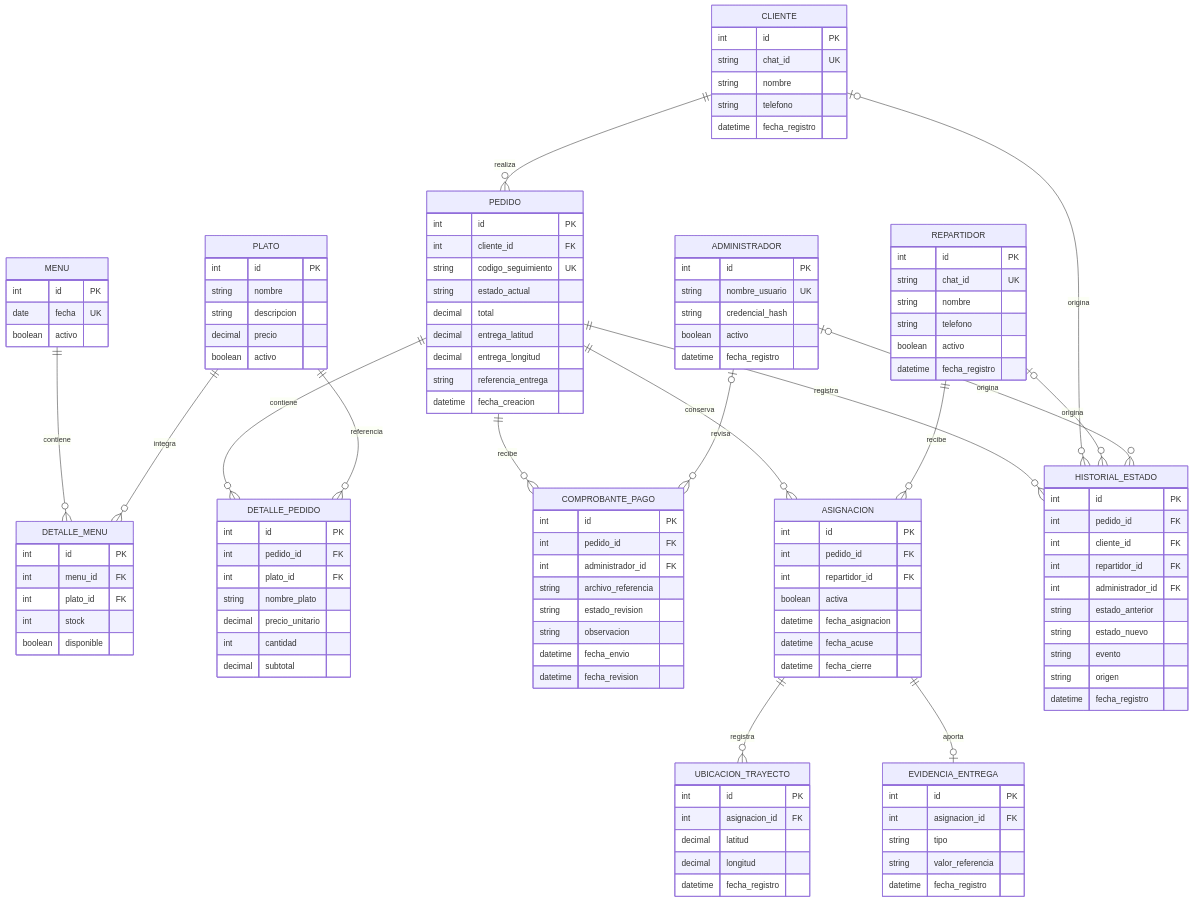
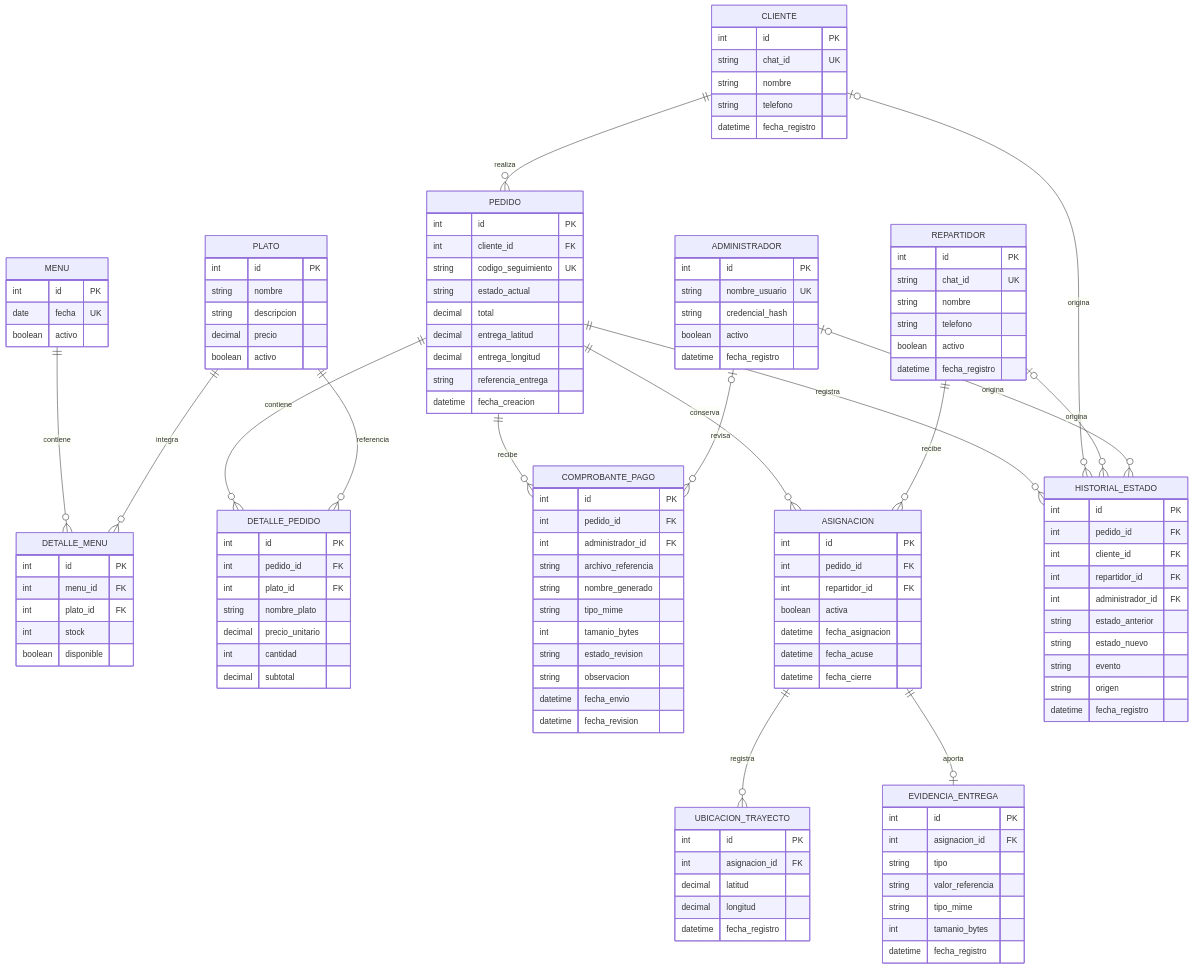
The third of 3 diagrams in docs/diseno.md (ninoskacotah/restaurante-oruro-mvp), drawn with Mermaid before and after one commit. The commit also changed other lines of this file and 2 other files, not shown here.

```diff
--- a/docs/diseno.md
+++ b/docs/diseno.md
@@ -451,6 +460,9 @@
         int pedido_id FK
         int administrador_id FK
         string archivo_referencia
+        string nombre_generado
+        string tipo_mime
+        int tamanio_bytes
         string estado_revision
         string observacion
         datetime fecha_envio
@@ -480,6 +492,8 @@
         int asignacion_id FK
         string tipo
         string valor_referencia
+        string tipo_mime
+        int tamanio_bytes
         datetime fecha_registro
     }
 
```
